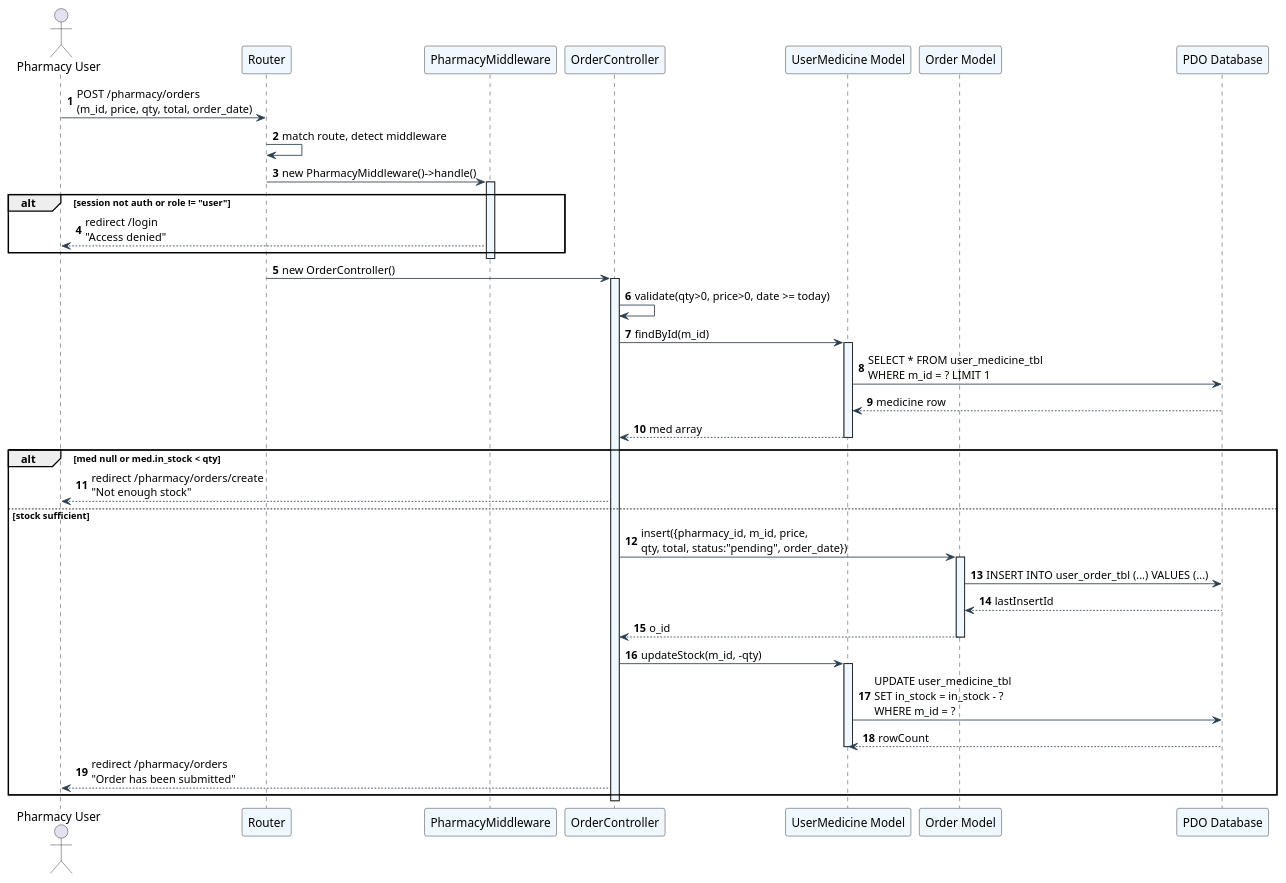
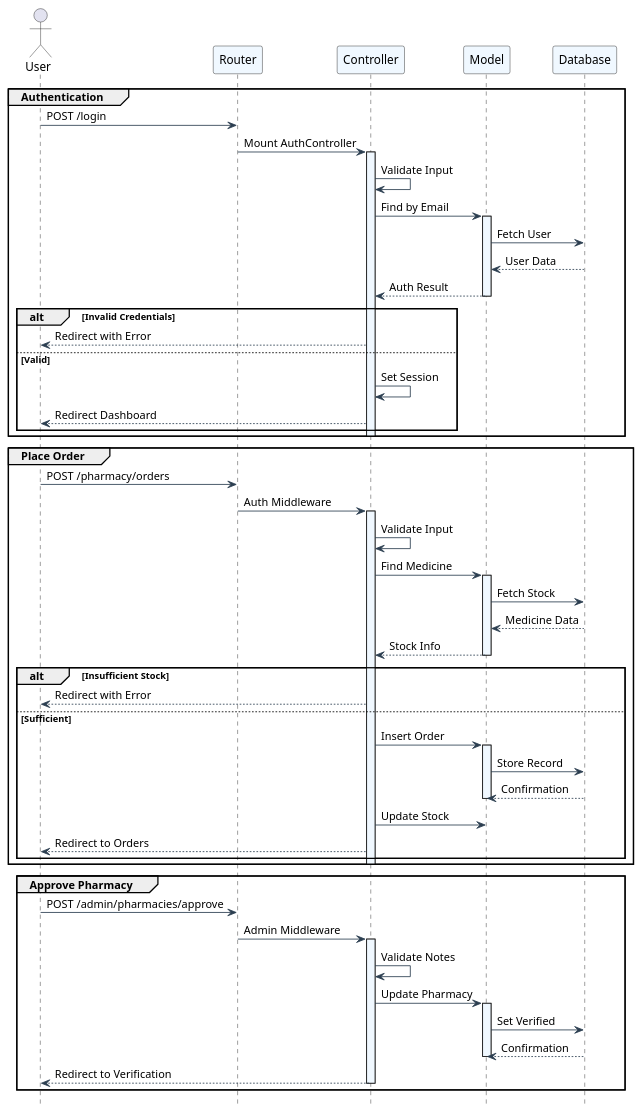
One commit to RibeshMaharjan/MedVault changed the fourth of 9 diagrams in docs/diagrams.md. Above: the diagram before and after it, drawn with PlantUML. The commit also changed other lines of this file, not shown here.

Commit message:
refactor(state-diagram): remove verification block, shorten labels, trim duplicate features

````diff
--- a/docs/diagrams.md
+++ b/docs/diagrams.md
@@ -427,60 +337,75 @@
 ```plantuml
 @startuml
 skinparam sequence {
     ArrowColor #2C3E50
     LifeLineBackgroundColor #F0F8FF
     ParticipantBackgroundColor #F0F8FF
 }
-autonumber
+hide footbox
 
-actor "Pharmacy User" as User
-participant Router
-participant "PharmacyMiddleware" as Middleware
-participant "OrderController" as OrderCtrl
-participant "UserMedicine Model" as Medicine
-participant "Order Model" as OrderModel
-participant "PDO Database" as DB
+actor User
+participant "Router" as R
+participant "Controller" as C
+participant "Model" as M
+participant "Database" as DB
 
-User -> Router : POST /pharmacy/orders\n(m_id, price, qty, total, order_date)
+group Authentication
+    User -> R: POST /login
+    R -> C: Mount AuthController
+    activate C
+    C -> C: Validate Input
+    C -> M: Find by Email
+    activate M
+    M -> DB: Fetch User
+    DB --> M: User Data
+    M --> C: Auth Result
+    deactivate M
+    alt Invalid Credentials
+        C --> User: Redirect with Error
+    else Valid
+        C -> C: Set Session
+        C --> User: Redirect Dashboard
+    end
+    deactivate C
+end
 
-Router -> Router : match route, detect middleware
-Router -> Middleware : new PharmacyMiddleware()->handle()
-activate Middleware
-alt session not auth or role != "user"
-  Middleware --> User : redirect /login\n"Access denied"
+group Place Order
+    User -> R: POST /pharmacy/orders
+    R -> C: Auth Middleware
+    activate C
+    C -> C: Validate Input
+    C -> M: Find Medicine
+    activate M
+    M -> DB: Fetch Stock
+    DB --> M: Medicine Data
+    M --> C: Stock Info
+    deactivate M
+    alt Insufficient Stock
+        C --> User: Redirect with Error
+    else Sufficient
+        C -> M: Insert Order
+        activate M
+        M -> DB: Store Record
+        DB --> M: Confirmation
+        deactivate M
+        C -> M: Update Stock
+        C --> User: Redirect to Orders
+    end
+    deactivate C
 end
-deactivate Middleware
 
-Router -> OrderCtrl : new OrderController()
-activate OrderCtrl
-
-OrderCtrl -> OrderCtrl : validate(qty>0, price>0, date >= today)
-
-OrderCtrl -> Medicine : findById(m_id)
-activate Medicine
-Medicine -> DB : SELECT * FROM user_medicine_tbl\nWHERE m_id = ? LIMIT 1
-DB --> Medicine : medicine row
-Medicine --> OrderCtrl : med array
-deactivate Medicine
-
-alt med null or med.in_stock < qty
-  OrderCtrl --> User : redirect /pharmacy/orders/create\n"Not enough stock"
-else stock sufficient
-  OrderCtrl -> OrderModel : insert({pharmacy_id, m_id, price,\nqty, total, status:"pending", order_date})
-  activate OrderModel
-  OrderModel -> DB : INSERT INTO user_order_tbl (...) VALUES (...)
-  DB --> OrderModel : lastInsertId
-  OrderModel --> OrderCtrl : o_id
-  deactivate OrderModel
-
-  OrderCtrl -> Medicine : updateStock(m_id, -qty)
-  activate Medicine
-  Medicine -> DB : UPDATE user_medicine_tbl\nSET in_stock = in_stock - ?\nWHERE m_id = ?
-  DB --> Medicine : rowCount
-  deactivate Medicine
-
-  OrderCtrl --> User : redirect /pharmacy/orders\n"Order has been submitted"
+group Approve Pharmacy
+    User -> R: POST /admin/pharmacies/approve
+    R -> C: Admin Middleware
+    activate C
+    C -> C: Validate Notes
+    C -> M: Update Pharmacy
+    activate M
+    M -> DB: Set Verified
+    DB --> M: Confirmation
+    deactivate M
+    C --> User: Redirect to Verification
+    deactivate C
 end
-deactivate OrderCtrl
 @enduml
 ```
````
